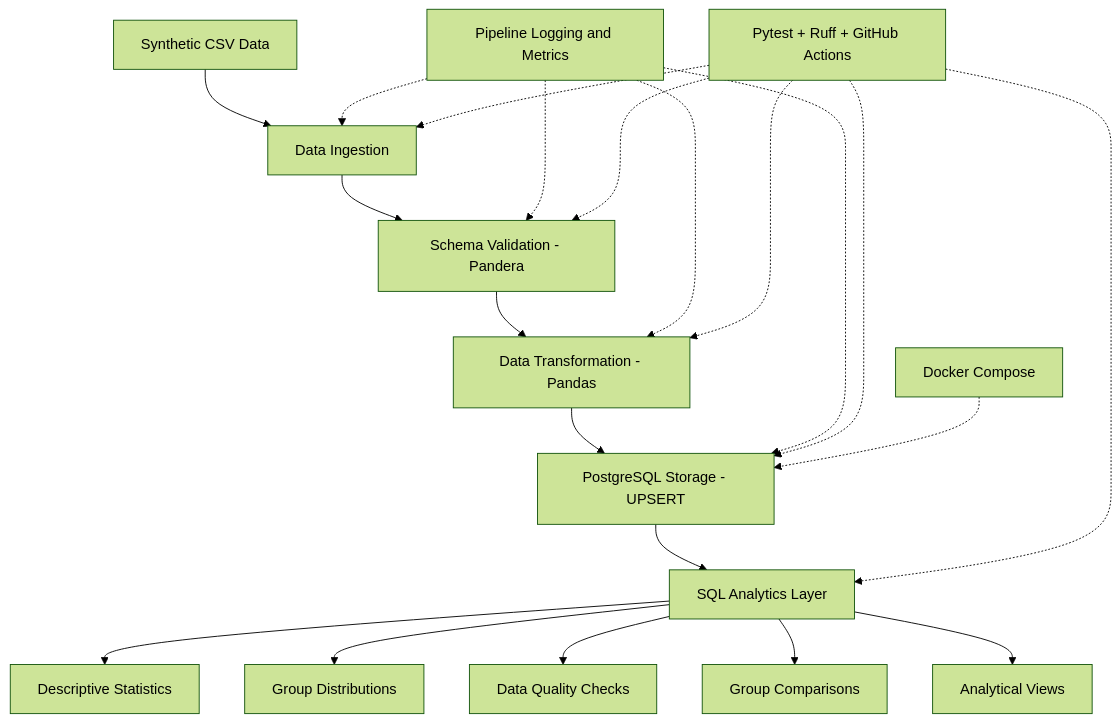
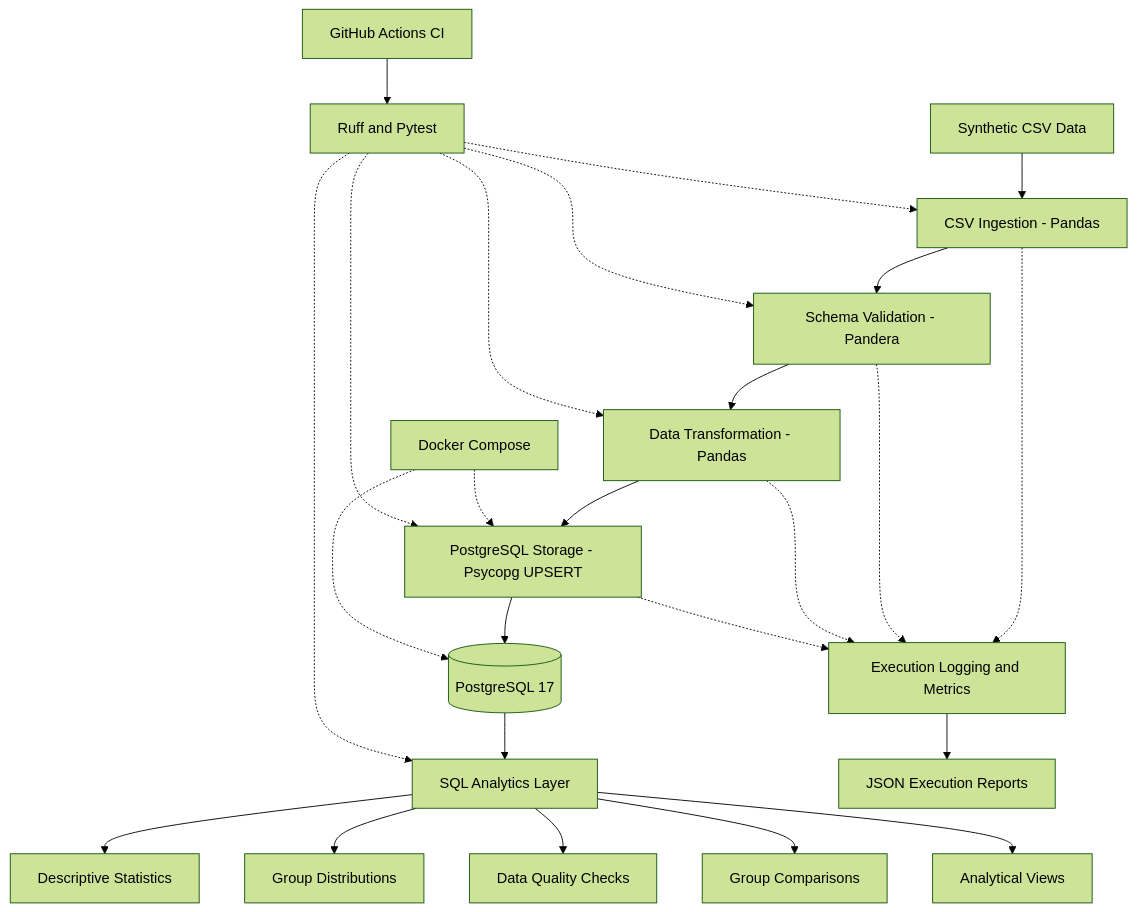
Before and after one commit to jeanmlv-dev/dataforge: the diagram in README.md, drawn with Mermaid (forest theme). The commit also changed other lines of this file and 5 other files, not shown here.

````diff
--- a/README.md
+++ b/README.md
@@ -21,27 +33,31 @@
 ```mermaid
 flowchart TD
-    A["Synthetic CSV Data"] --> B["Data Ingestion"]
+    A["Synthetic CSV Data"] --> B["CSV Ingestion - Pandas"]
     B --> C["Schema Validation - Pandera"]
     C --> D["Data Transformation - Pandas"]
-    D --> E["PostgreSQL Storage - UPSERT"]
-    E --> F["SQL Analytics Layer"]
+    D --> E["PostgreSQL Storage - Psycopg UPSERT"]
+    E --> F[("PostgreSQL 17")]
 
-    F --> G["Descriptive Statistics"]
-    F --> H["Group Distributions"]
-    F --> I["Data Quality Checks"]
-    F --> J["Group Comparisons"]
-    F --> K["Analytical Views"]
+    F --> G["SQL Analytics Layer"]
+    G --> H["Descriptive Statistics"]
+    G --> I["Group Distributions"]
+    G --> J["Data Quality Checks"]
+    G --> K["Group Comparisons"]
+    G --> L["Analytical Views"]
 
-    L["Pipeline Logging and Metrics"] -.-> B
-    L -.-> C
-    L -.-> D
-    L -.-> E
+    B -.-> M["Execution Logging and Metrics"]
+    C -.-> M
+    D -.-> M
+    E -.-> M
+    M --> N["JSON Execution Reports"]
 
-    M["Pytest + Ruff + GitHub Actions"] -.-> B
-    M -.-> C
-    M -.-> D
-    M -.-> E
-    M -.-> F
+    O["Docker Compose"] -.-> E
+    O -.-> F
 
-    N["Docker Compose"] -.-> E
+    P["GitHub Actions CI"] --> Q["Ruff and Pytest"]
+    Q -.-> B
+    Q -.-> C
+    Q -.-> D
+    Q -.-> E
+    Q -.-> G
 ```
````
